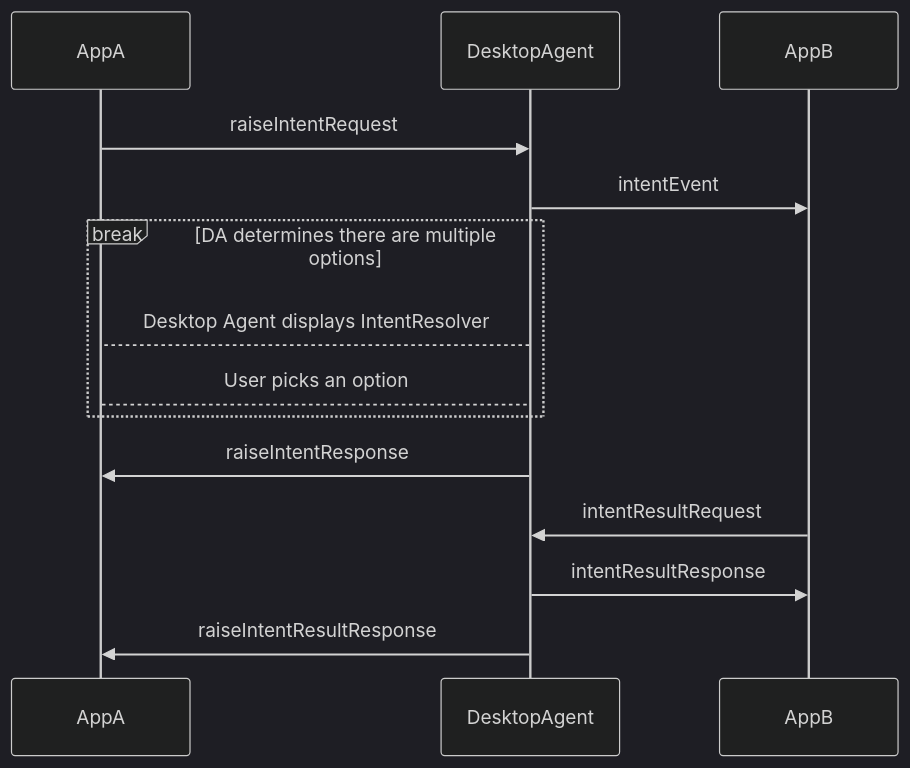
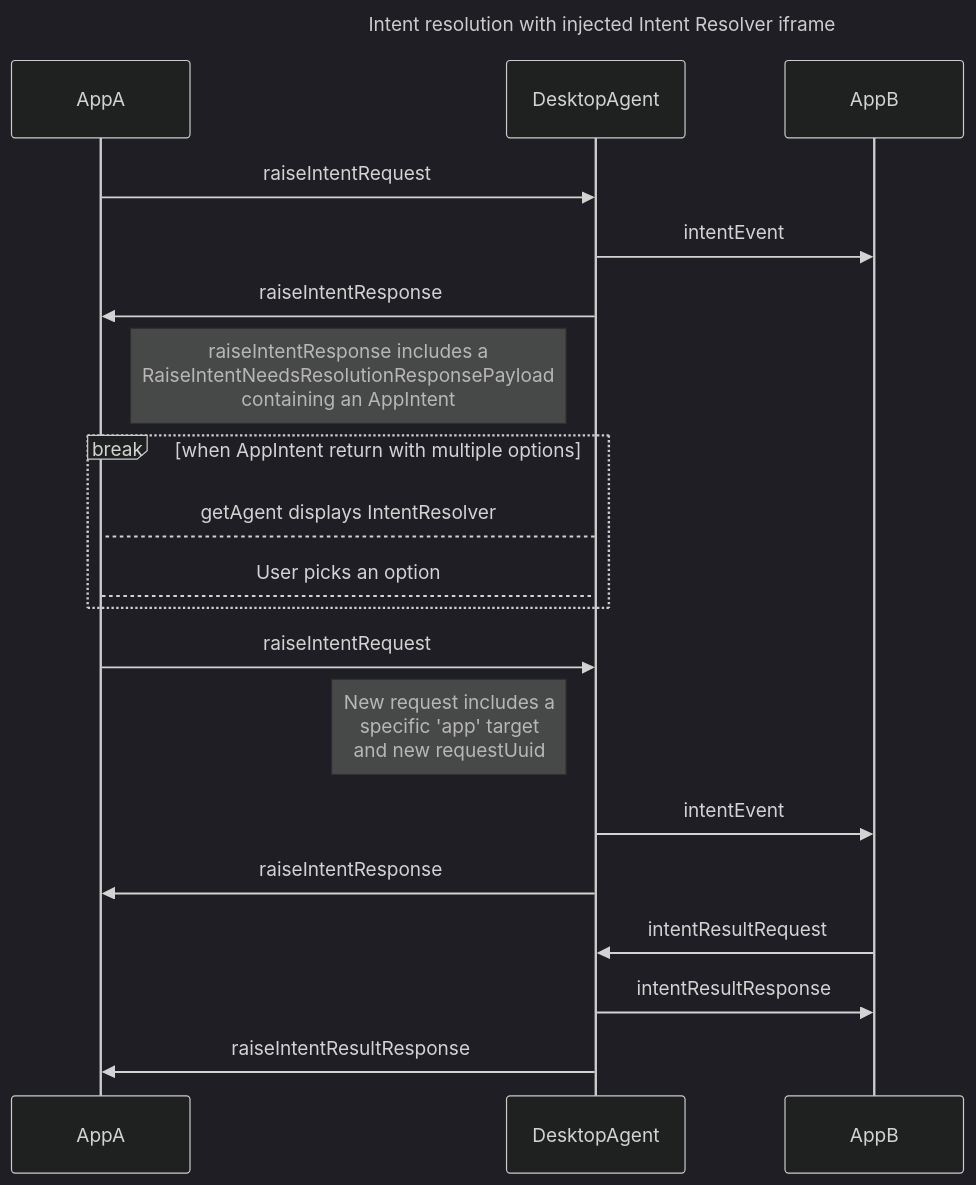
Before and after one commit to finos/FDC3: the fourth of 5 diagrams in docs/api/specs/desktopAgentCommunicationProtocol.md, drawn with Mermaid (dark theme). The commit also changed other lines of this file and 5 other files, not shown here.

````diff
--- a/docs/api/specs/desktopAgentCommunicationProtocol.md
+++ b/docs/api/specs/desktopAgentCommunicationProtocol.md
@@ -167,13 +309,21 @@
 ```mermaid
+---
+title: Intent resolution with injected Intent Resolver iframe
+---
 sequenceDiagram
     AppA ->> DesktopAgent: raiseIntentRequest
     DesktopAgent ->> AppB: intentEvent
-    break DA determines there are multiple options
-        DesktopAgent-->AppA: Desktop Agent displays IntentResolver
-        AppA-->DesktopAgent: User picks an option
+    DesktopAgent ->> AppA: raiseIntentResponse
+    Note left of DesktopAgent: raiseIntentResponse includes a<br/> RaiseIntentNeedsResolutionResponsePayload<br/>containing an AppIntent
+    break when AppIntent return with multiple options
+        DesktopAgent --> AppA: getAgent displays IntentResolver
+        AppA --> DesktopAgent: User picks an option
     end
+    AppA ->> DesktopAgent: raiseIntentRequest
+    Note left of DesktopAgent: New request includes a<br/>specific 'app' target<br/>and new requestUuid
+    DesktopAgent ->> AppB: intentEvent
     DesktopAgent ->> AppA: raiseIntentResponse
     AppB ->> DesktopAgent: intentResultRequest
     DesktopAgent ->> AppB: intentResultResponse
     DesktopAgent ->> AppA: raiseIntentResultResponse
 ```
````
